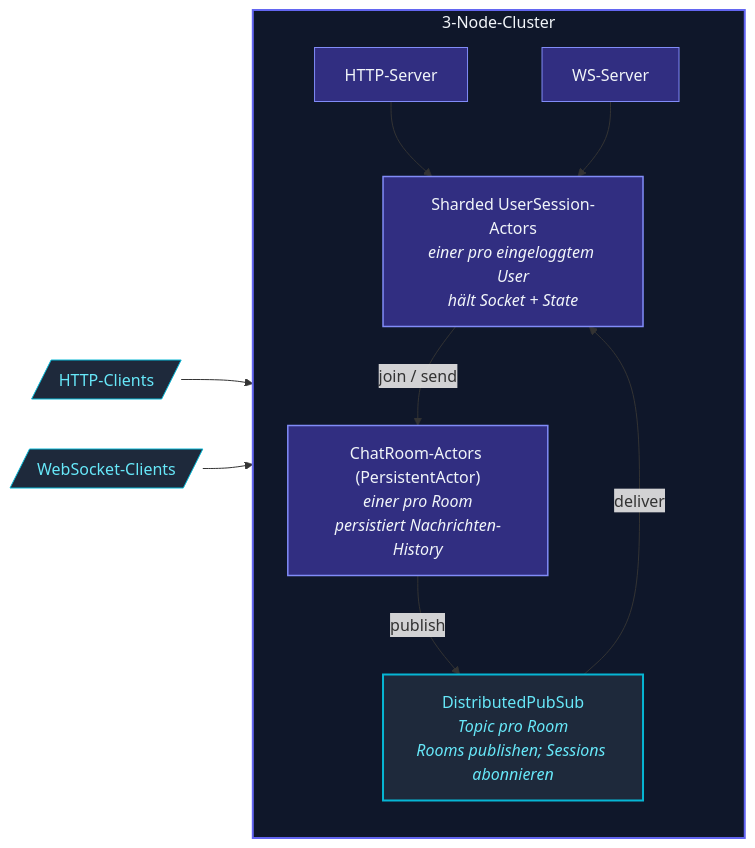
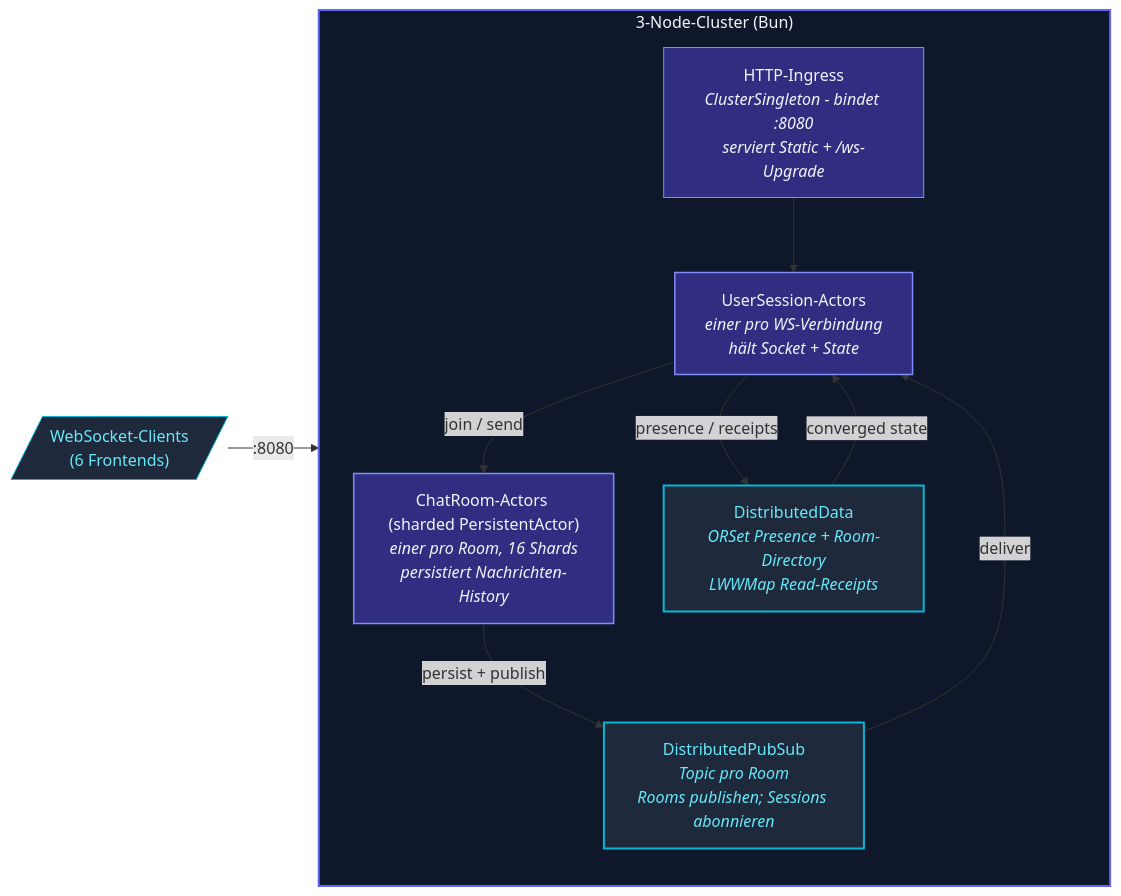
The diagram in docs/src/content/docs/de/examples/chat-sample.mdx (pathosDev/actor-ts), drawn with Mermaid before and after one commit. The commit also changed other lines of this file and 181 other files, not shown here.

````diff
--- a/docs/src/content/docs/de/examples/chat-sample.mdx
+++ b/docs/src/content/docs/de/examples/chat-sample.mdx
@@ -20,30 +28,29 @@
 ```mermaid
 flowchart LR
-  HTTP[/"HTTP-Clients"/]
-  WS[/"WebSocket-Clients"/]
-  subgraph CLUSTER["3-Node-Cluster"]
+  WS[/"WebSocket-Clients<br/>(6 Frontends)"/]
+  subgraph CLUSTER["3-Node-Cluster (Bun)"]
     direction TB
-    HSRV["HTTP-Server"]
-    WSRV["WS-Server"]
-    US["Sharded UserSession-Actors<br/><i>einer pro eingeloggtem User<br/>hält Socket + State</i>"]
-    ROOM["ChatRoom-Actors (PersistentActor)<br/><i>einer pro Room<br/>persistiert Nachrichten-History</i>"]
+    ING["HTTP-Ingress<br/><i>ClusterSingleton - bindet :8080<br/>serviert Static + /ws-Upgrade</i>"]
+    US["UserSession-Actors<br/><i>einer pro WS-Verbindung<br/>hält Socket + State</i>"]
+    ROOM["ChatRoom-Actors (sharded PersistentActor)<br/><i>einer pro Room, 16 Shards<br/>persistiert Nachrichten-History</i>"]
     PUB["DistributedPubSub<br/><i>Topic pro Room<br/>Rooms publishen; Sessions abonnieren</i>"]
-    HSRV --> US
-    WSRV --> US
+    DD["DistributedData<br/><i>ORSet Presence + Room-Directory<br/>LWWMap Read-Receipts</i>"]
+    ING --> US
     US -- "join / send" --> ROOM
-    ROOM -- "publish" --> PUB
+    ROOM -- "persist + publish" --> PUB
     PUB -- "deliver" --> US
+    US -- "presence / receipts" --> DD
+    DD -- "converged state" --> US
   end
-  HTTP --> HSRV
-  WS --> WSRV
+  WS -- ":8080" --> ING
   classDef client  fill:#1e293b,stroke:#06b6d4,color:#67e8f9;
   classDef cluster fill:#0f172a,stroke:#6366f1,stroke-width:2px,color:#f1f5f9;
   classDef edge    fill:#312e81,stroke:#818cf8,color:#f1f5f9;
   classDef actor   fill:#312e81,stroke:#818cf8,stroke-width:1.5px,color:#f1f5f9;
   classDef bus     fill:#1e293b,stroke:#06b6d4,stroke-width:2px,color:#67e8f9;
-  class HTTP,WS client
+  class WS client
   class CLUSTER cluster
-  class HSRV,WSRV edge
+  class ING edge
   class US,ROOM actor
-  class PUB bus
+  class PUB,DD bus
 ```
````
